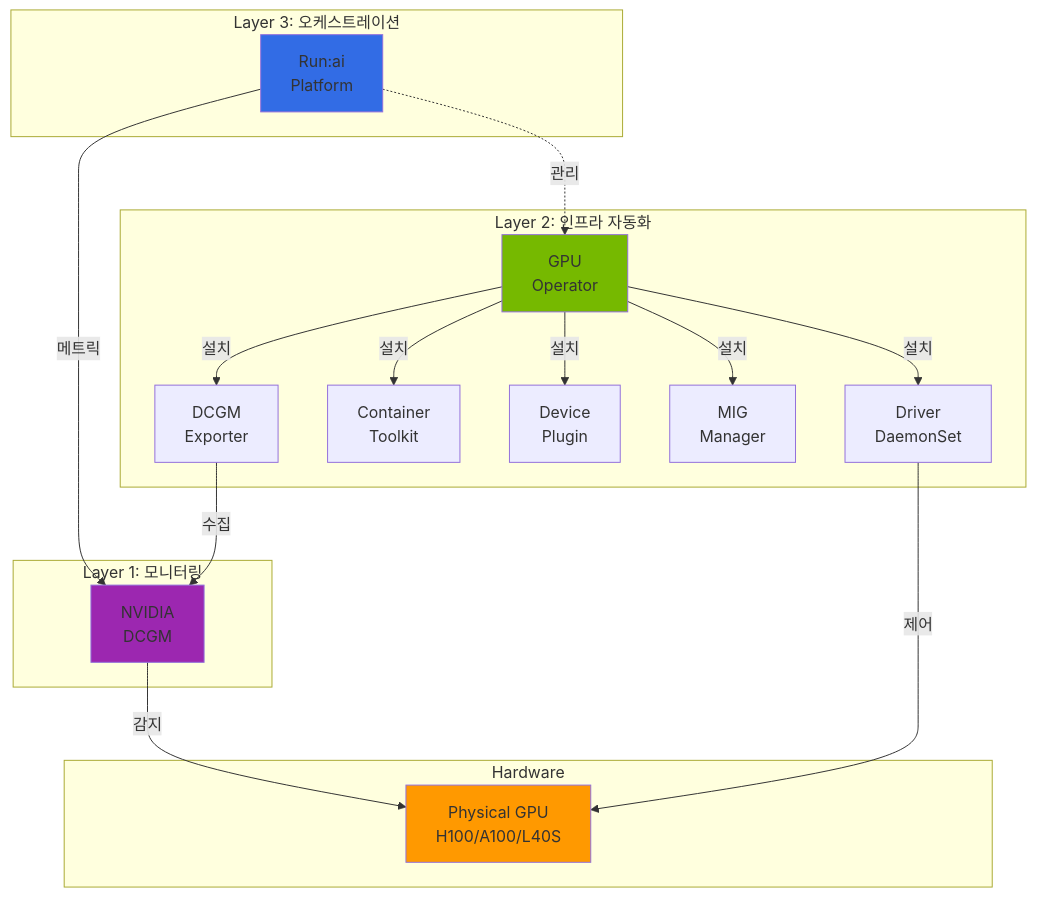
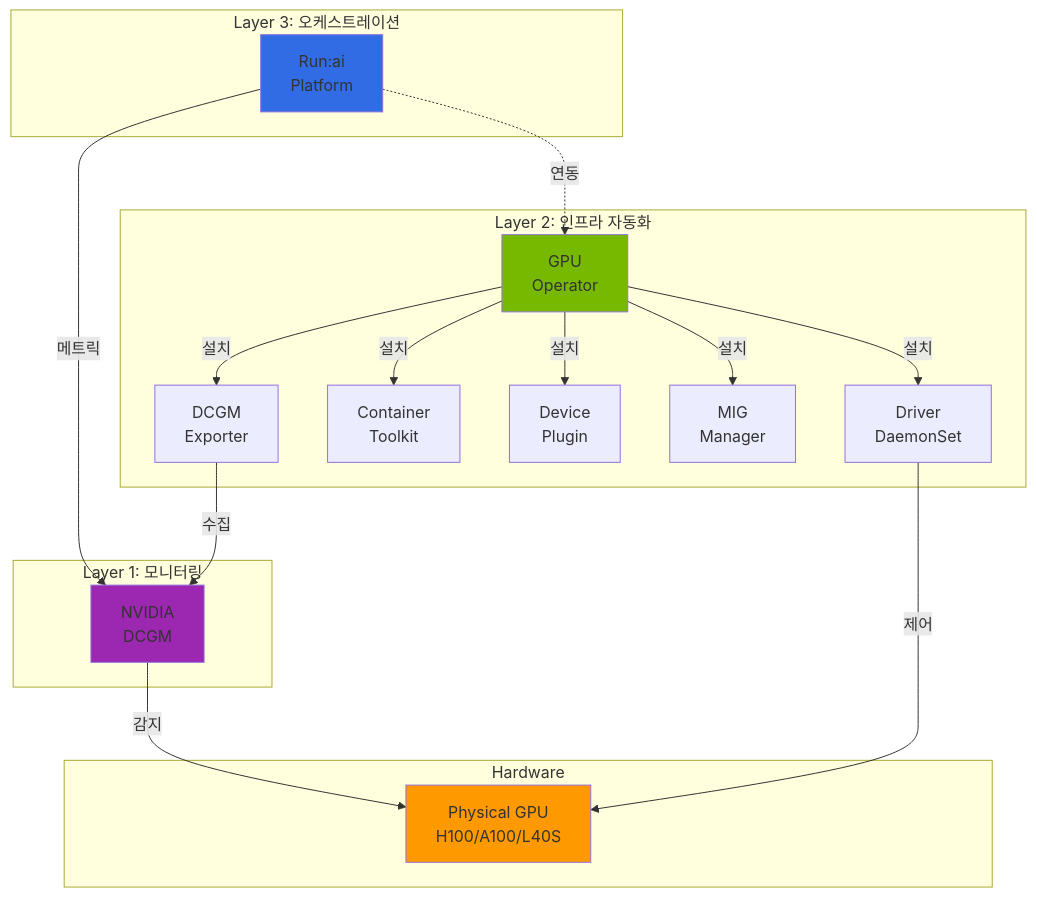
One commit to devfloor9/engineering-playbook changed the first of 3 diagrams in docs/agentic-ai-platform/model-serving/nvidia-gpu-stack.md. Above: the diagram before and after it, drawn with Mermaid. The commit also changed other lines of this file and 24 other files, not shown here.

````diff
--- a/docs/agentic-ai-platform/model-serving/nvidia-gpu-stack.md
+++ b/docs/agentic-ai-platform/model-serving/nvidia-gpu-stack.md
@@ -52,39 +52,39 @@
 ```mermaid
 flowchart TB
     subgraph L3["Layer 3: 오케스트레이션"]
         RUNAI[Run:ai<br/>Platform]
     end
 
     subgraph L2["Layer 2: 인프라 자동화"]
         GPUOP[GPU<br/>Operator]
         DRIVER[Driver<br/>DaemonSet]
         TOOLKIT[Container<br/>Toolkit]
         DP[Device<br/>Plugin]
         MIG[MIG<br/>Manager]
         DCGM_EXP[DCGM<br/>Exporter]
     end
 
     subgraph L1["Layer 1: 모니터링"]
         DCGM[NVIDIA<br/>DCGM]
     end
 
     subgraph HW["Hardware"]
         GPU[Physical GPU<br/>H100/A100/L40S]
     end
 
-    RUNAI -.->|관리| GPUOP
+    RUNAI -.->|연동| GPUOP
     RUNAI -->|메트릭| DCGM
     GPUOP -->|설치| DRIVER
     GPUOP -->|설치| TOOLKIT
     GPUOP -->|설치| DP
     GPUOP -->|설치| MIG
     GPUOP -->|설치| DCGM_EXP
     DCGM_EXP -->|수집| DCGM
     DCGM -->|감지| GPU
     DRIVER -->|제어| GPU
 
     style RUNAI fill:#326ce5
     style GPUOP fill:#76b900
     style DCGM fill:#9c27b0
     style GPU fill:#ff9900
 ```
````
